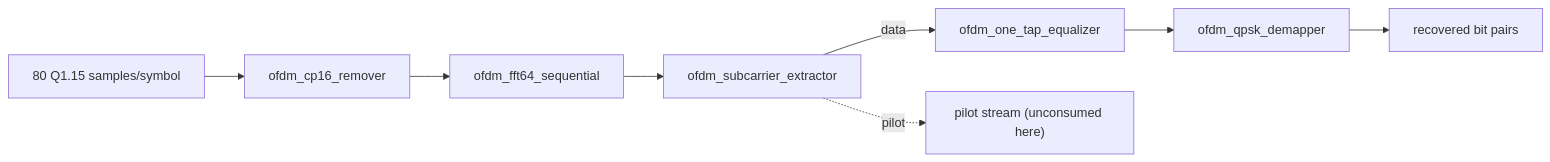
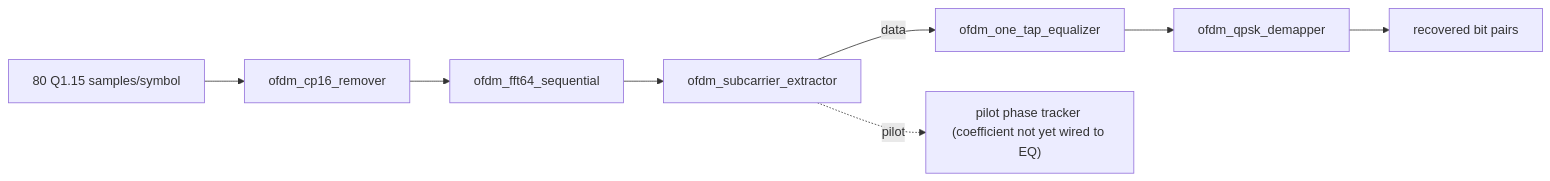
One commit to Lay007/zynq-sdr-course changed the second of 2 diagrams in blocks/block_08_modulation_and_synchronization/lab_8_14_ofdm_rtl_chain.md. Above: the diagram before and after it, drawn with Mermaid. The commit also changed other lines of this file and 1 other file, not shown here.

Commit message:
Lab 8.14: document the pilot phase tracker and what is still missing (EN and RU)

````diff
--- a/blocks/block_08_modulation_and_synchronization/lab_8_14_ofdm_rtl_chain.md
+++ b/blocks/block_08_modulation_and_synchronization/lab_8_14_ofdm_rtl_chain.md
@@ -40,10 +40,10 @@
 ```mermaid
 flowchart LR
     IN["80 Q1.15 samples/symbol"] --> CPR[ofdm_cp16_remover]
     CPR --> FFT[ofdm_fft64_sequential]
     FFT --> EXT[ofdm_subcarrier_extractor]
     EXT -->|data| EQ[ofdm_one_tap_equalizer]
-    EXT -.->|pilot| PILOT["pilot stream (unconsumed here)"]
+    EXT -.->|pilot| PILOT["pilot phase tracker (coefficient not yet wired to EQ)"]
     EQ --> DEMAP[ofdm_qpsk_demapper]
     DEMAP --> BITS["recovered bit pairs"]
 ```
````
